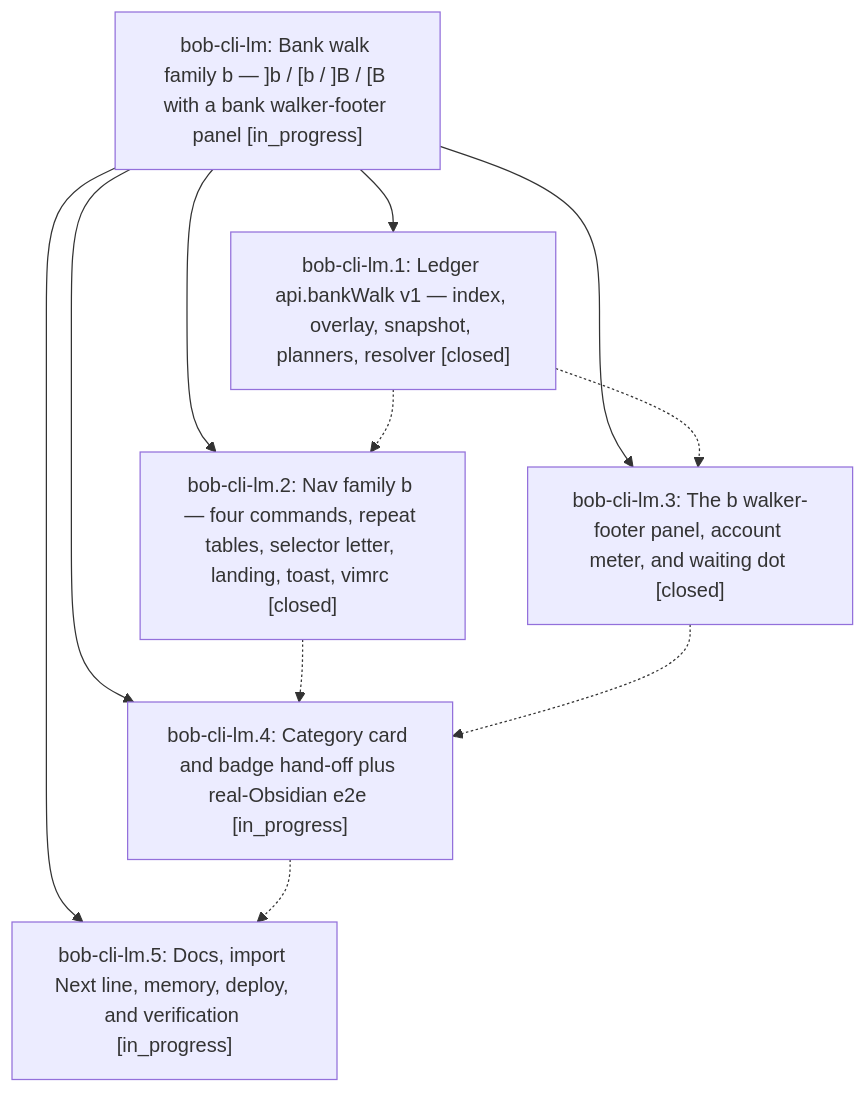
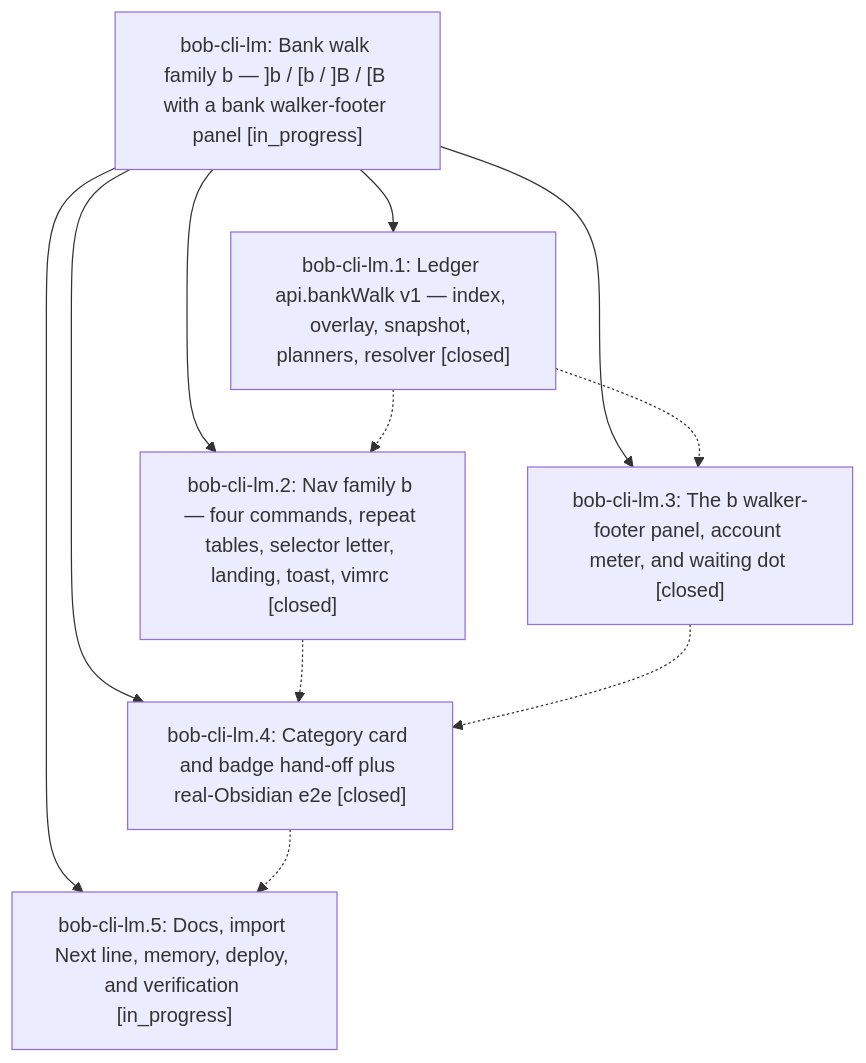
Before and after one commit to bobs-org/bob-cli--beads: the diagram in pages/bob-cli-lm/README.md, drawn with Mermaid. The commit also changed other lines of this file and 4 other files, not shown here.

First line of the commit message:
chore(beads): sync bead state and pages for bob-cli-lm

````diff
--- a/pages/bob-cli-lm/README.md
+++ b/pages/bob-cli-lm/README.md
@@ -40,19 +40,19 @@
 ```mermaid
 flowchart TD
     n0["bob-cli-lm: Bank walk family b — ]b / [b / ]B / [B with a bank walker-footer panel [in_progress]"]
     n1["bob-cli-lm.1: Ledger api.bankWalk v1 — index, overlay, snapshot, planners, resolver [closed]"]
     n2["bob-cli-lm.2: Nav family b — four commands, repeat tables, selector letter, landing, toast, vimrc [closed]"]
     n3["bob-cli-lm.3: The b walker-footer panel, account meter, and waiting dot [closed]"]
-    n4["bob-cli-lm.4: Category card and badge hand-off plus real-Obsidian e2e [in_progress]"]
+    n4["bob-cli-lm.4: Category card and badge hand-off plus real-Obsidian e2e [closed]"]
     n5["bob-cli-lm.5: Docs, import Next line, memory, deploy, and verification [in_progress]"]
     n0 --> n1
     n0 --> n2
     n0 --> n3
     n0 --> n4
     n0 --> n5
     n1 -.-> n2
     n1 -.-> n3
     n2 -.-> n4
     n3 -.-> n4
     n4 -.-> n5
 ```
````
